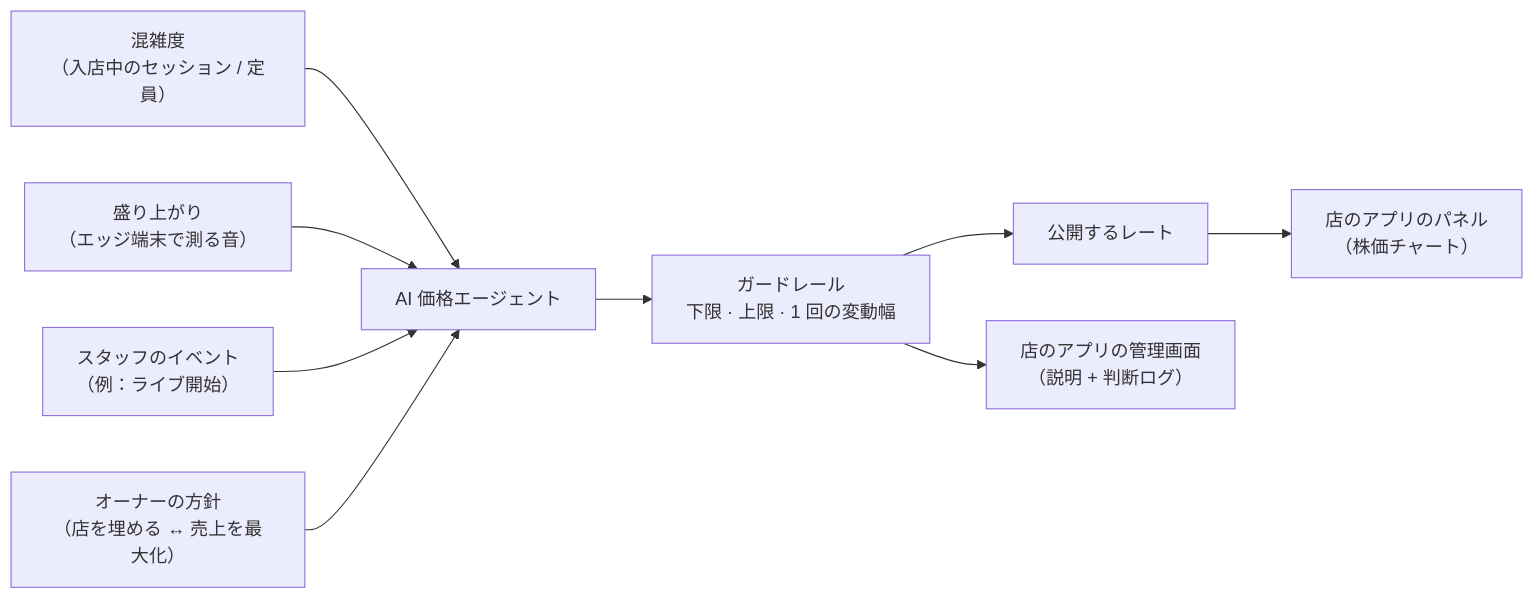
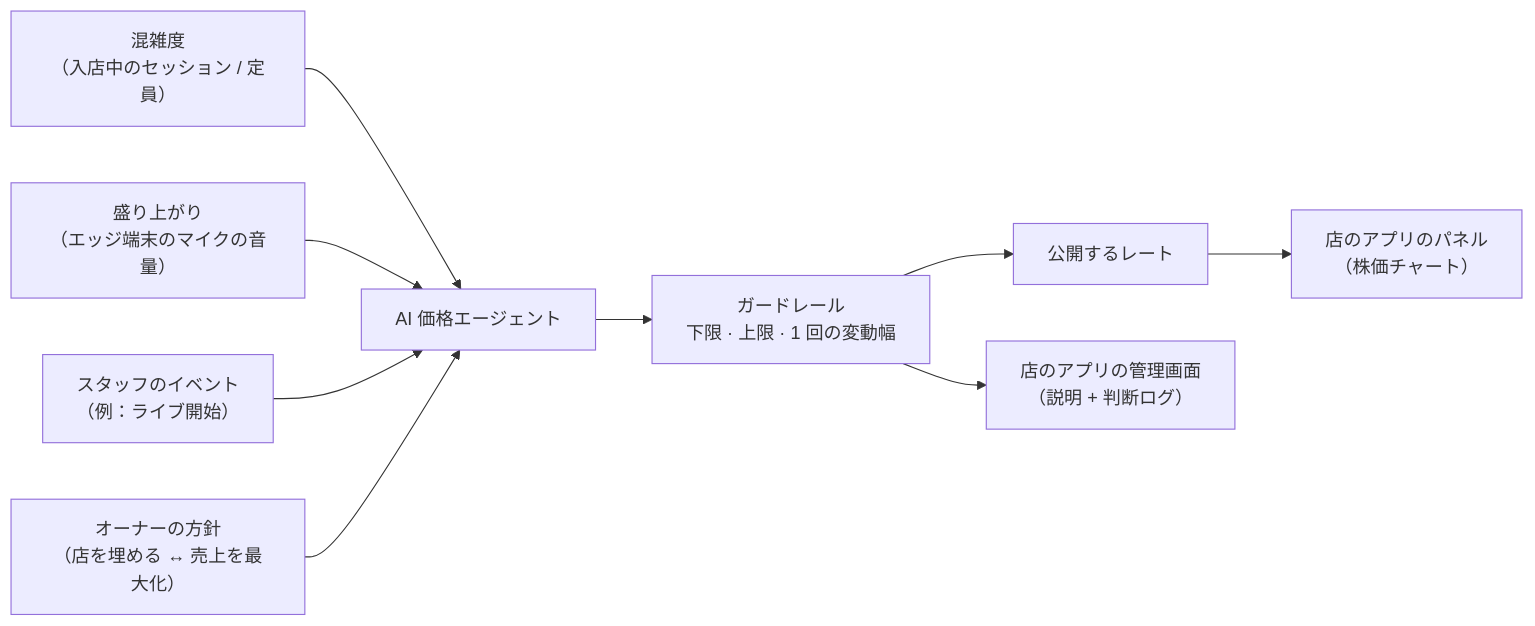
One commit to sumiredc/barpay changed the second of 4 diagrams in docs/PRD.ja.md. Above: the diagram before and after it, drawn with Mermaid. The commit also changed other lines of this file and 2 other files, not shown here.

````diff
--- a/docs/PRD.ja.md
+++ b/docs/PRD.ja.md
@@ -95,11 +95,11 @@
 ```mermaid
 flowchart LR
   S1["混雑度<br/>（入店中のセッション / 定員）"] --> AI
-  S2["盛り上がり<br/>（エッジ端末で測る音）"] --> AI
+  S2["盛り上がり<br/>（エッジ端末のマイクの音量）"] --> AI
   S4["スタッフのイベント<br/>（例：ライブ開始）"] --> AI
   Goal["オーナーの方針<br/>（店を埋める ↔ 売上を最大化）"] --> AI
   AI["AI 価格エージェント"] --> G["ガードレール<br/>下限 · 上限 · 1 回の変動幅"]
   G --> P["公開するレート"]
   P --> C["店のアプリのパネル<br/>（株価チャート）"]
   G --> D["店のアプリの管理画面<br/>（説明 + 判断ログ）"]
 ```
````
